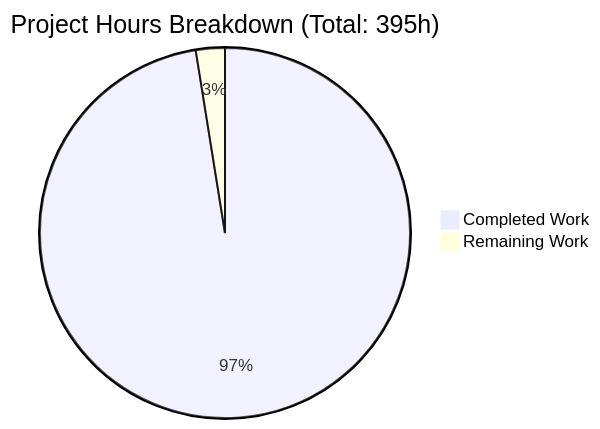
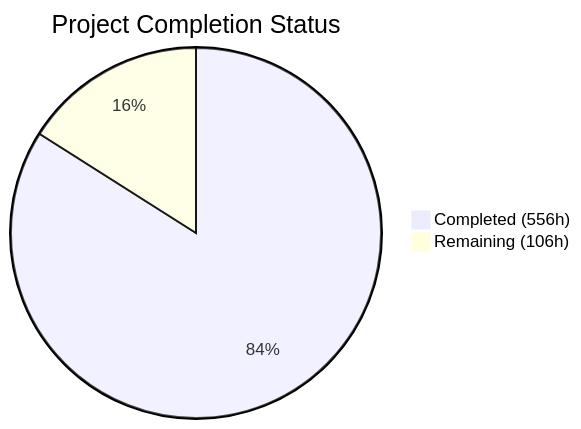
One commit to blitzy-public-samples/blitzy-dnsmasq changed the first of 2 diagrams in blitzy/documentation/Project Guide.md. Above: the diagram before and after it, drawn with Mermaid. The commit also changed other lines of this file, not shown here.

Commit message:
Adding Blitzy Project Guide: Project Status and Human Tasks Remaining

````diff
--- a/blitzy/documentation/Project Guide.md
+++ b/blitzy/documentation/Project Guide.md
@@ -33,5 +13,5 @@
 ```mermaid
-pie title Project Hours Breakdown (Total: 395h)
-    "Completed Work" : 385
-    "Remaining Work" : 10
+pie title Project Completion Status
+    "Completed (556h)" : 556
+    "Remaining (106h)" : 106
 ```
````
